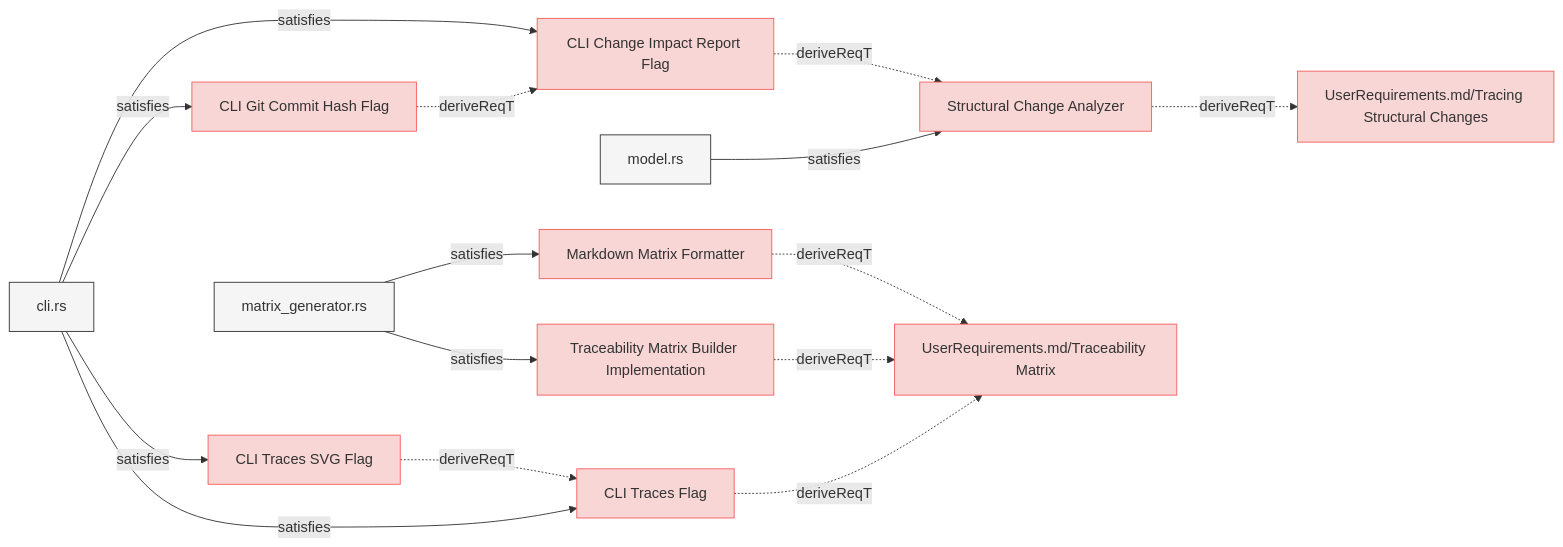
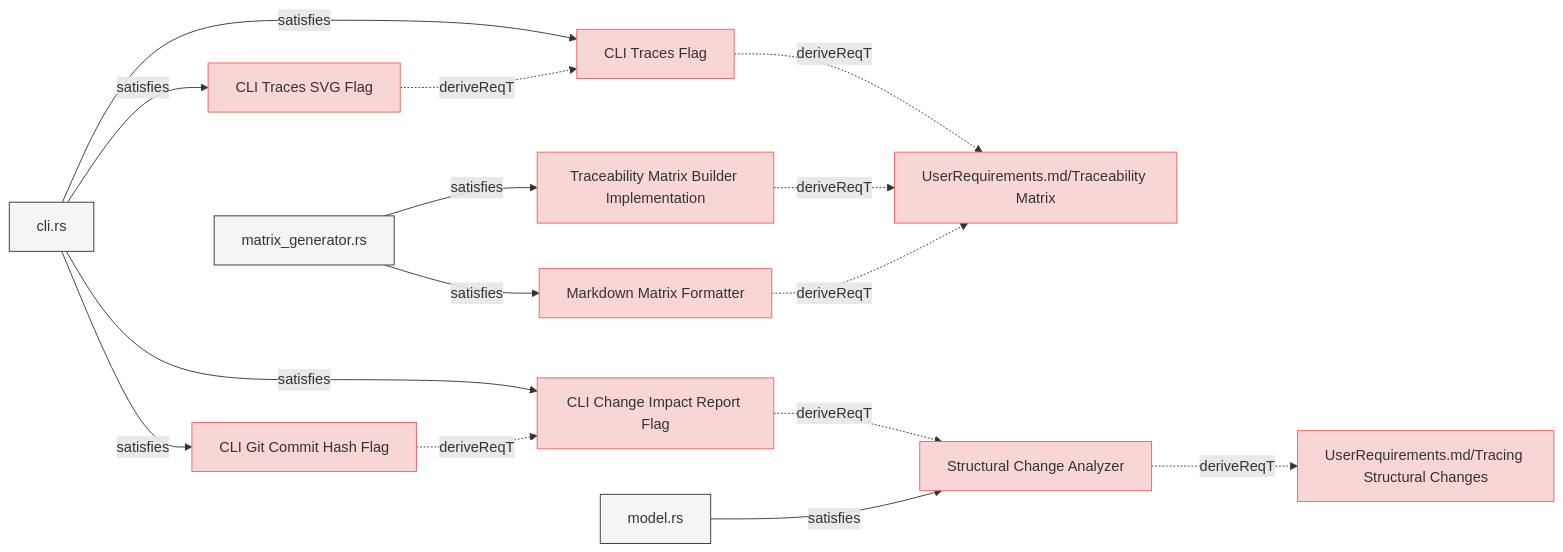
Before and after one commit to reqvire-org/reqvire: the fifth of 8 diagrams in specifications/SystemRequirements/Requirements.md, drawn with Mermaid. The commit also changed other lines of this file and 37 other files, not shown here.

Commit message:
Allow diagrams with blobs links when configured.

````diff
--- a/specifications/SystemRequirements/Requirements.md
+++ b/specifications/SystemRequirements/Requirements.md
@@ -701,59 +592,59 @@
 ```mermaid
 graph LR;
   %% Graph styling
   classDef requirement fill:#f9d6d6,stroke:#f55f5f,stroke-width:1px;
   classDef verification fill:#d6f9d6,stroke:#5fd75f,stroke-width:1px;
   classDef externalLink fill:#d0e0ff,stroke:#3080ff,stroke-width:1px;
   classDef default fill:#f5f5f5,stroke:#333333,stroke-width:1px;
 
-  c020978403254f09["CLI Change Impact Report Flag"];
-  click c020978403254f09 "Requirements.md#cli-change-impact-report-flag";
-  class c020978403254f09 requirement;
-  48e08ff33bc860c5["Structural Change Analyzer"];
-  class 48e08ff33bc860c5 requirement;
-  click 48e08ff33bc860c5 "Requirements.md#structural-change-analyzer";
-  c020978403254f09 -.->|deriveReqT| 48e08ff33bc860c5;
-  2f21d2133dbfd205["cli.rs"];
-  class 2f21d2133dbfd205 default;
-  click 2f21d2133dbfd205 "../../cli/src/cli.rs";
-  2f21d2133dbfd205 -->|satisfies| c020978403254f09;
-  3b2f98c43f1ed3bb["Markdown Matrix Formatter"];
-  click 3b2f98c43f1ed3bb "Requirements.md#markdown-matrix-formatter";
-  class 3b2f98c43f1ed3bb requirement;
-  c5b8a7944b6943e2["UserRequirements.md/Traceability Matrix"];
-  class c5b8a7944b6943e2 requirement;
-  click c5b8a7944b6943e2 "../UserRequirements.md#traceability-matrix";
-  3b2f98c43f1ed3bb -.->|deriveReqT| c5b8a7944b6943e2;
-  4966ff561112ec56["matrix_generator.rs"];
-  class 4966ff561112ec56 default;
-  click 4966ff561112ec56 "../../core/src/matrix_generator.rs";
-  4966ff561112ec56 -->|satisfies| 3b2f98c43f1ed3bb;
-  a0943a440707d910["CLI Traces SVG Flag"];
-  click a0943a440707d910 "Requirements.md#cli-traces-svg-flag";
-  class a0943a440707d910 requirement;
-  cdab2d3174ce86a9["CLI Traces Flag"];
-  class cdab2d3174ce86a9 requirement;
-  click cdab2d3174ce86a9 "Requirements.md#cli-traces-flag";
-  a0943a440707d910 -.->|deriveReqT| cdab2d3174ce86a9;
-  2f21d2133dbfd205 -->|satisfies| a0943a440707d910;
-  a8066f495e5ed5dd["Traceability Matrix Builder Implementation"];
-  click a8066f495e5ed5dd "Requirements.md#traceability-matrix-builder-implementation";
-  class a8066f495e5ed5dd requirement;
-  a8066f495e5ed5dd -.->|deriveReqT| c5b8a7944b6943e2;
-  4966ff561112ec56 -->|satisfies| a8066f495e5ed5dd;
-  79259d512a5c44a6["CLI Git Commit Hash Flag"];
-  click 79259d512a5c44a6 "Requirements.md#cli-git-commit-hash-flag";
-  class 79259d512a5c44a6 requirement;
-  79259d512a5c44a6 -.->|deriveReqT| c020978403254f09;
-  2f21d2133dbfd205 -->|satisfies| 79259d512a5c44a6;
-  9b9c33c7182d6eeb["UserRequirements.md/Tracing Structural Changes"];
-  class 9b9c33c7182d6eeb requirement;
-  click 9b9c33c7182d6eeb "../UserRequirements.md#tracing-structural-changes";
-  48e08ff33bc860c5 -.->|deriveReqT| 9b9c33c7182d6eeb;
-  76acbdfdc0fba01e["model.rs"];
-  class 76acbdfdc0fba01e default;
-  click 76acbdfdc0fba01e "../../core/src/change_impact.rs";
-  76acbdfdc0fba01e -->|satisfies| 48e08ff33bc860c5;
-  cdab2d3174ce86a9 -.->|deriveReqT| c5b8a7944b6943e2;
-  2f21d2133dbfd205 -->|satisfies| cdab2d3174ce86a9;
+  cb36e164a6ea70ff["CLI Traces Flag"];
+  click cb36e164a6ea70ff "specifications/SystemRequirements/Requirements.md#cli-traces-flag#cli-traces-flag";
+  class cb36e164a6ea70ff requirement;
+  4e30ea0930dc9c26["UserRequirements.md/Traceability Matrix"];
+  class 4e30ea0930dc9c26 requirement;
+  click 4e30ea0930dc9c26 "specifications/UserRequirements.md#traceability-matrix#traceability-matrix";
+  cb36e164a6ea70ff -.->|deriveReqT| 4e30ea0930dc9c26;
+  80defdd4cbc7ee18["cli.rs"];
+  class 80defdd4cbc7ee18 default;
+  click 80defdd4cbc7ee18 "cli/src/cli.rs";
+  80defdd4cbc7ee18 -->|satisfies| cb36e164a6ea70ff;
+  d62e8e714c37d1ad["CLI Change Impact Report Flag"];
+  click d62e8e714c37d1ad "specifications/SystemRequirements/Requirements.md#cli-change-impact-report-flag#cli-change-impact-report-flag";
+  class d62e8e714c37d1ad requirement;
+  d34d7e14d2a235a2["Structural Change Analyzer"];
+  class d34d7e14d2a235a2 requirement;
+  click d34d7e14d2a235a2 "specifications/SystemRequirements/Requirements.md#structural-change-analyzer#structural-change-analyzer";
+  d62e8e714c37d1ad -.->|deriveReqT| d34d7e14d2a235a2;
+  80defdd4cbc7ee18 -->|satisfies| d62e8e714c37d1ad;
+  b55d8517cd3e58["Traceability Matrix Builder Implementation"];
+  click b55d8517cd3e58 "specifications/SystemRequirements/Requirements.md#traceability-matrix-builder-implementation#traceability-matrix-builder-implementation";
+  class b55d8517cd3e58 requirement;
+  b55d8517cd3e58 -.->|deriveReqT| 4e30ea0930dc9c26;
+  16bf75b57622c10["matrix_generator.rs"];
+  class 16bf75b57622c10 default;
+  click 16bf75b57622c10 "core/src/matrix_generator.rs";
+  16bf75b57622c10 -->|satisfies| b55d8517cd3e58;
+  1d9a1c502316e443["CLI Traces SVG Flag"];
+  click 1d9a1c502316e443 "specifications/SystemRequirements/Requirements.md#cli-traces-svg-flag#cli-traces-svg-flag";
+  class 1d9a1c502316e443 requirement;
+  1d9a1c502316e443 -.->|deriveReqT| cb36e164a6ea70ff;
+  80defdd4cbc7ee18 -->|satisfies| 1d9a1c502316e443;
+  d7b7b13a5b8d96e1["UserRequirements.md/Tracing Structural Changes"];
+  class d7b7b13a5b8d96e1 requirement;
+  click d7b7b13a5b8d96e1 "specifications/UserRequirements.md#tracing-structural-changes#tracing-structural-changes";
+  d34d7e14d2a235a2 -.->|deriveReqT| d7b7b13a5b8d96e1;
+  4b89dbed94c08c3e["model.rs"];
+  class 4b89dbed94c08c3e default;
+  click 4b89dbed94c08c3e "core/src/change_impact.rs";
+  4b89dbed94c08c3e -->|satisfies| d34d7e14d2a235a2;
+  6c40e66699ba40dd["CLI Git Commit Hash Flag"];
+  click 6c40e66699ba40dd "specifications/SystemRequirements/Requirements.md#cli-git-commit-hash-flag#cli-git-commit-hash-flag";
+  class 6c40e66699ba40dd requirement;
+  6c40e66699ba40dd -.->|deriveReqT| d62e8e714c37d1ad;
+  80defdd4cbc7ee18 -->|satisfies| 6c40e66699ba40dd;
+  1b7491b67a792bc9["Markdown Matrix Formatter"];
+  click 1b7491b67a792bc9 "specifications/SystemRequirements/Requirements.md#markdown-matrix-formatter#markdown-matrix-formatter";
+  class 1b7491b67a792bc9 requirement;
+  1b7491b67a792bc9 -.->|deriveReqT| 4e30ea0930dc9c26;
+  16bf75b57622c10 -->|satisfies| 1b7491b67a792bc9;
 ```
````
